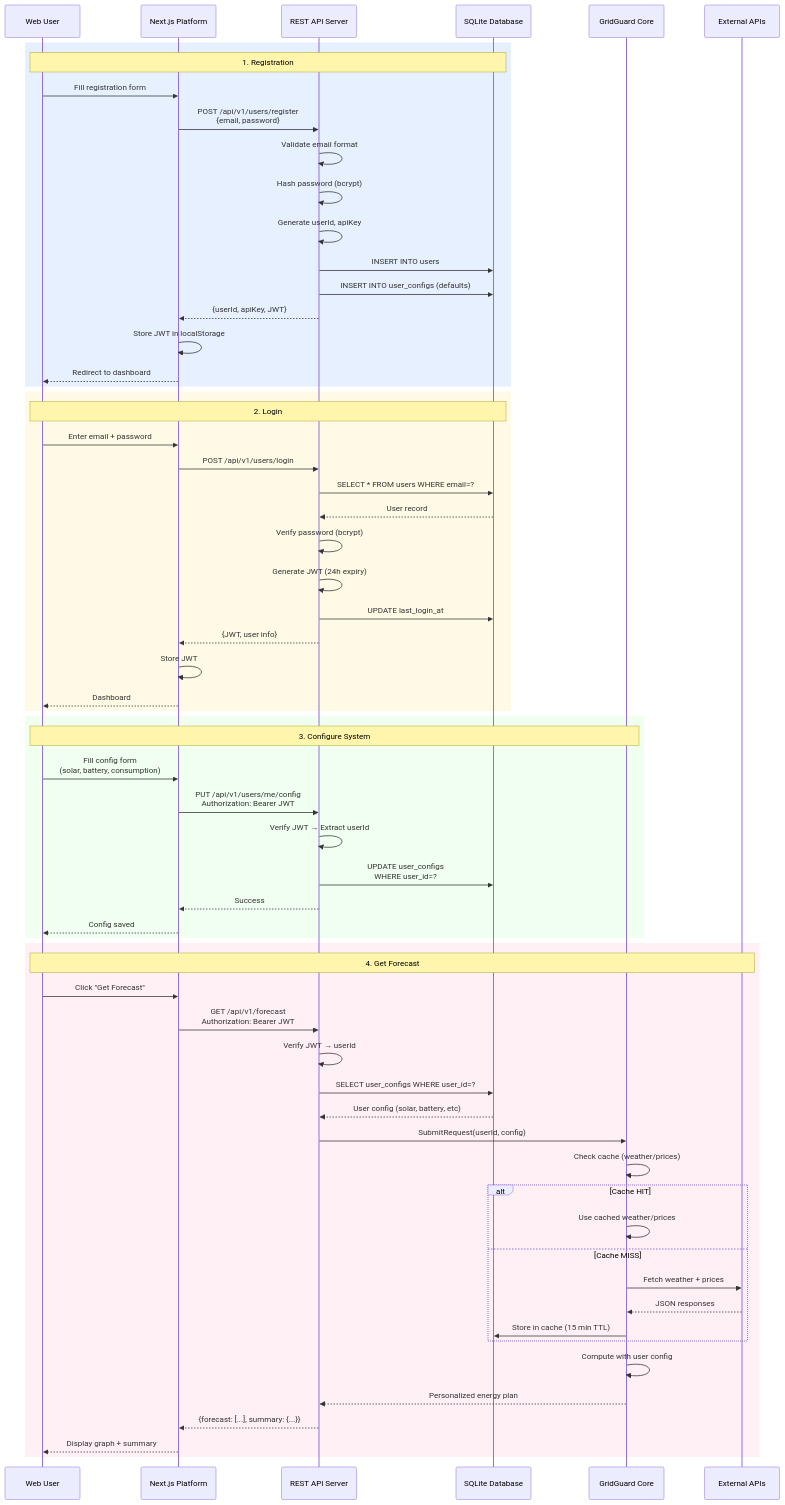
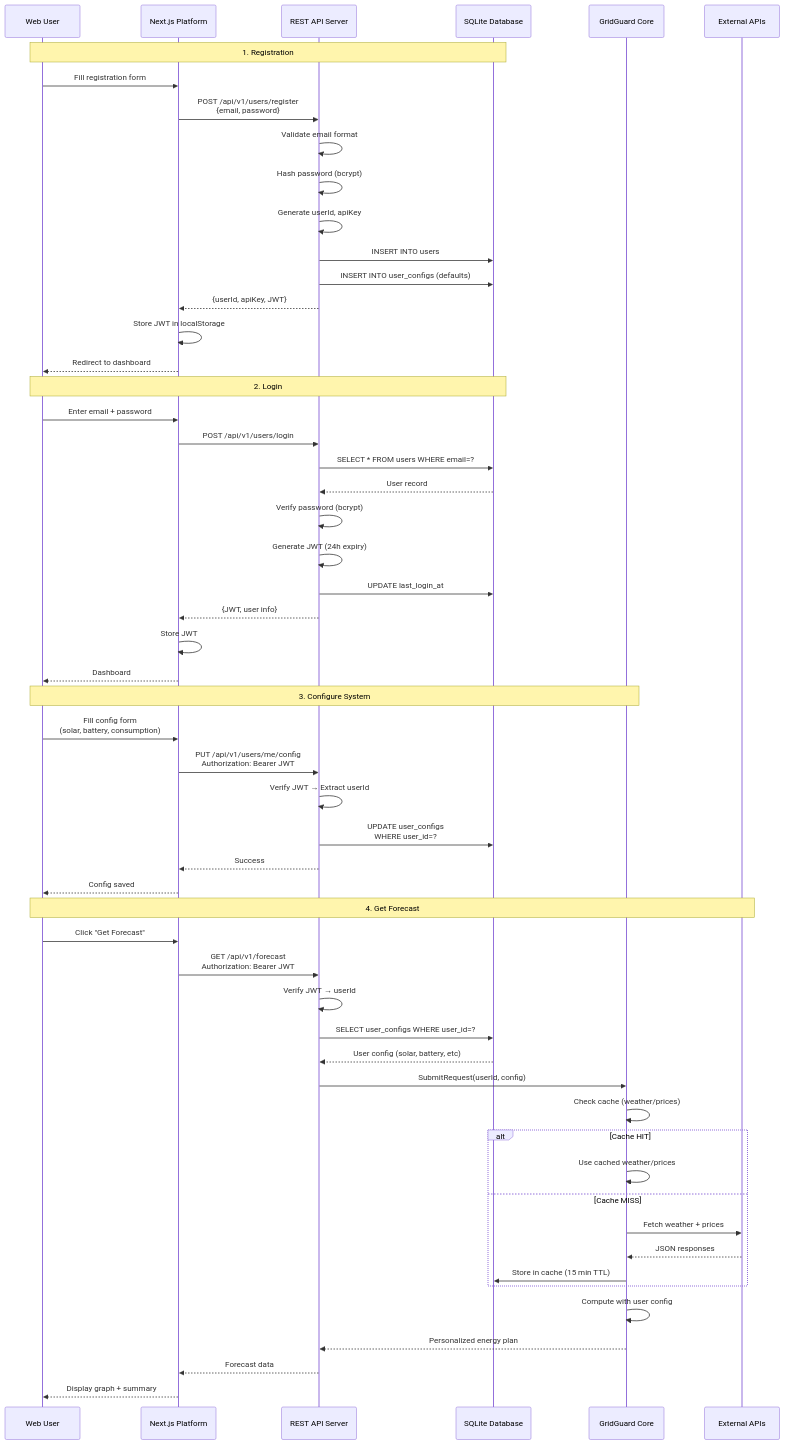
Before and after one commit to allejako/GridGuard: diagram 15 of 29 in docs/SYSTEM_ARCHITECTURE.md, drawn with Mermaid. The commit also changed other lines of this file, not shown here.

````diff
--- a/docs/SYSTEM_ARCHITECTURE.md
+++ b/docs/SYSTEM_ARCHITECTURE.md
@@ -938,69 +938,61 @@
 ```mermaid
 sequenceDiagram
     participant User as Web User
     participant Next as Next.js Platform
     participant API as REST API Server
     participant DB as SQLite Database
     participant GG as GridGuard Core
     participant Ext as External APIs
 
-    rect rgb(230, 240, 255)
     Note over User,DB: 1. Registration
     User->>Next: Fill registration form
     Next->>API: POST /api/v1/users/register<br/>{email, password}
     API->>API: Validate email format
     API->>API: Hash password (bcrypt)
     API->>API: Generate userId, apiKey
     API->>DB: INSERT INTO users
     API->>DB: INSERT INTO user_configs (defaults)
     API-->>Next: {userId, apiKey, JWT}
     Next->>Next: Store JWT in localStorage
     Next-->>User: Redirect to dashboard
-    end
 
-    rect rgb(255, 250, 230)
     Note over User,DB: 2. Login
     User->>Next: Enter email + password
     Next->>API: POST /api/v1/users/login
     API->>DB: SELECT * FROM users WHERE email=?
     DB-->>API: User record
     API->>API: Verify password (bcrypt)
     API->>API: Generate JWT (24h expiry)
     API->>DB: UPDATE last_login_at
     API-->>Next: {JWT, user info}
     Next->>Next: Store JWT
     Next-->>User: Dashboard
-    end
 
-    rect rgb(240, 255, 240)
     Note over User,GG: 3. Configure System
     User->>Next: Fill config form<br/>(solar, battery, consumption)
     Next->>API: PUT /api/v1/users/me/config<br/>Authorization: Bearer JWT
     API->>API: Verify JWT → Extract userId
     API->>DB: UPDATE user_configs<br/>WHERE user_id=?
     API-->>Next: Success
     Next-->>User: Config saved
-    end
 
-    rect rgb(255, 240, 245)
     Note over User,Ext: 4. Get Forecast
     User->>Next: Click "Get Forecast"
     Next->>API: GET /api/v1/forecast<br/>Authorization: Bearer JWT
     API->>API: Verify JWT → userId
     API->>DB: SELECT user_configs WHERE user_id=?
     DB-->>API: User config (solar, battery, etc)
     API->>GG: SubmitRequest(userId, config)
     GG->>GG: Check cache (weather/prices)
     alt Cache HIT
         GG->>GG: Use cached weather/prices
     else Cache MISS
         GG->>Ext: Fetch weather + prices
         Ext-->>GG: JSON responses
         GG->>DB: Store in cache (15 min TTL)
     end
     GG->>GG: Compute with user config
     GG-->>API: Personalized energy plan
-    API-->>Next: {forecast: [...], summary: {...}}
+    API-->>Next: Forecast data
     Next-->>User: Display graph + summary
-    end
 ```
````
